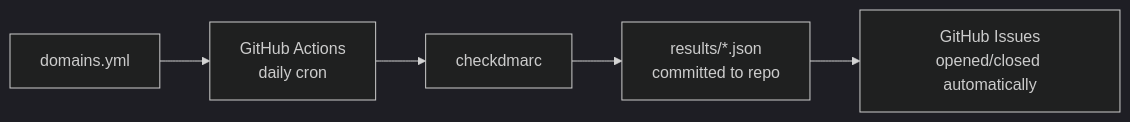
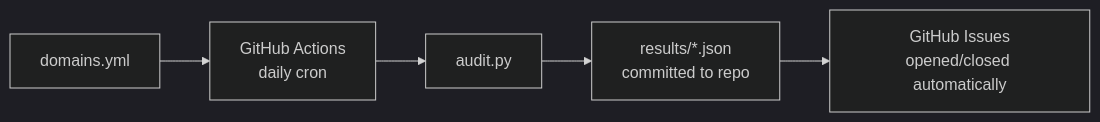
One commit to gantryops/dns-auditer changed the diagram in README.md. Above: the diagram before and after it, drawn with Mermaid (dark theme). The commit also changed other lines of this file and 2 other files, not shown here.

````diff
--- a/README.md
+++ b/README.md
@@ -7,7 +7,7 @@
 ```mermaid
 graph LR
     A[domains.yml] --> B[GitHub Actions<br/>daily cron]
-    B --> C[checkdmarc]
+    B --> C[audit.py]
     C --> D[results/*.json<br/>committed to repo]
     D --> E[GitHub Issues<br/>opened/closed automatically]
 ```
````
